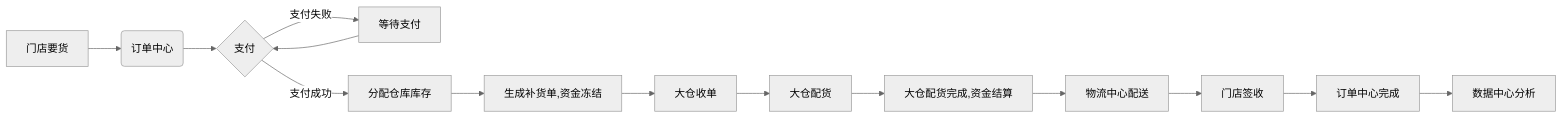
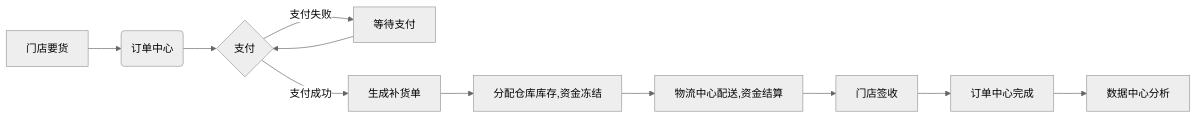
The third of 5 diagrams in README.md (heartape/shop), drawn with Mermaid (neutral theme) before and after one commit. The commit also changed 58 other files, not shown here.

````diff
--- a/README.md
+++ b/README.md
@@ -179,16 +179,13 @@
 ```mermaid
 graph LR
     A[门店要货] --> B(订单中心)
     B --> C{支付}
     C -->|支付失败| D[等待支付]
-    C -->|支付成功| E[分配仓库库存]
+    C -->|支付成功| E[生成补货单]
     D --> C
-    E --> F[生成补货单,资金冻结]
-    F --> G[大仓收单]
-    G --> H[大仓配货]
-    H --> I[大仓配货完成,资金结算]
-    I --> J[物流中心配送]
+    E --> F[分配仓库库存,资金冻结]
+    F --> J[物流中心配送,资金结算]
     J --> K[门店签收]
     K --> L[订单中心完成]
     L --> M[数据中心分析]
 ```
````
